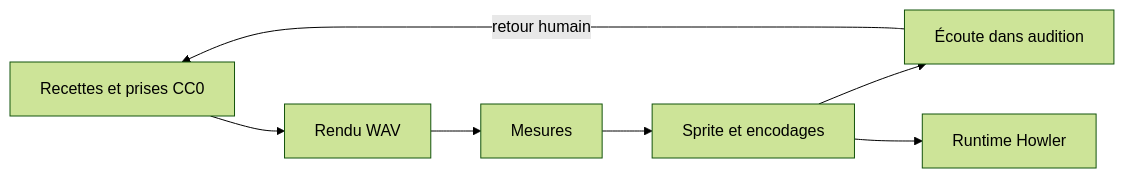
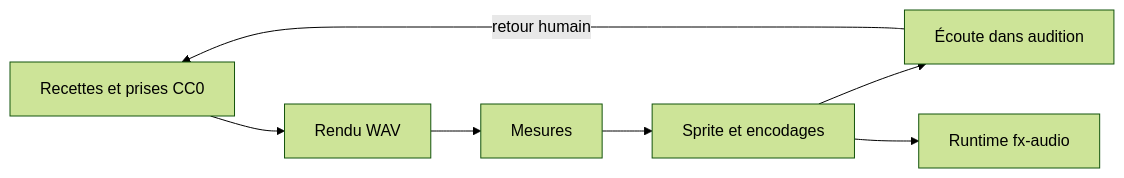
The diagram in docs/4-technique/studio-audio.md (benjiGir/projet-cassandre), drawn with Mermaid (forest theme) before and after one commit. The commit also changed 30 other files, not shown here.

First line of the commit message:
feat(audio): replace Howler with fx-audio

````diff
--- a/docs/4-technique/studio-audio.md
+++ b/docs/4-technique/studio-audio.md
@@ -38,9 +38,9 @@
 ```mermaid
 flowchart LR
   A[Recettes et prises CC0] --> B[Rendu WAV]
   B --> C[Mesures]
   C --> D[Sprite et encodages]
   D --> E[Écoute dans audition]
   E -->|retour humain| A
-  D --> F[Runtime Howler]
+  D --> F[Runtime fx-audio]
 ```
````
